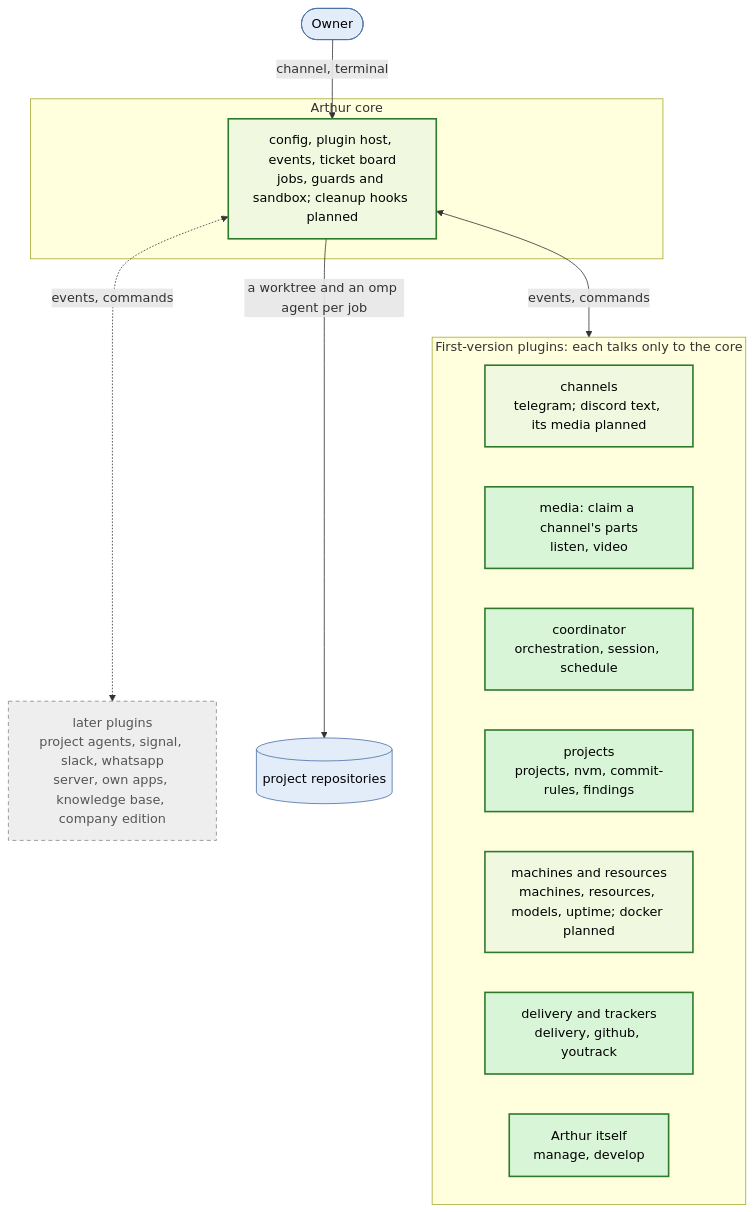
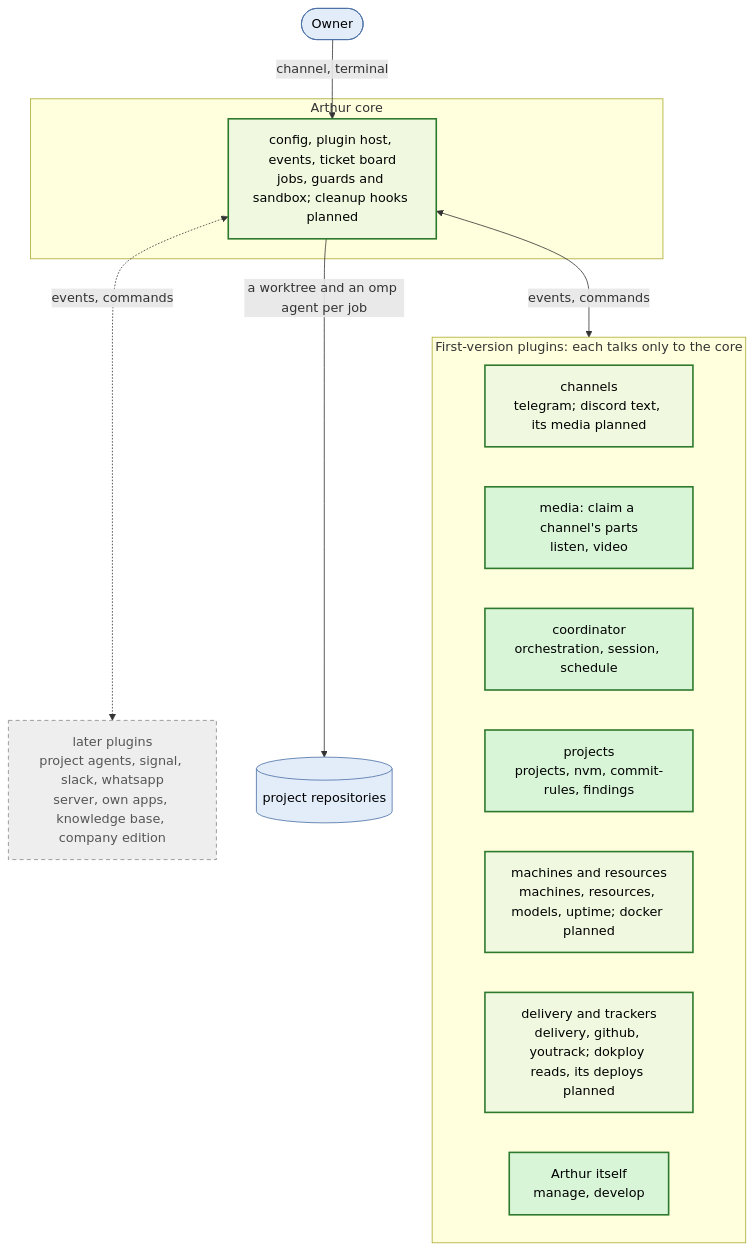
Before and after one commit to kacperadler/arthur: the diagram in README.md, drawn with Mermaid. The commit also changed other lines of this file and 7 other files, not shown here.

Commit message:
docs(AR0601): dokploy in shared docs, roadmap zones, arthur.mmd status

````diff
--- a/README.md
+++ b/README.md
@@ -58,28 +59,28 @@
 ```mermaid
 flowchart TD
   owner([Owner]) -->|channel, terminal| core
   subgraph CORE[Arthur core]
     core[config, plugin host, events, ticket board<br/>jobs, guards and sandbox; cleanup hooks planned]
   end
   subgraph FIRST[First-version plugins: each talks only to the core]
     chan[channels<br/>telegram; discord text, its media planned]
     media[media: claim a channel's parts<br/>listen, video]
     coord[coordinator<br/>orchestration, session, schedule]
     proj[projects<br/>projects, nvm, commit-rules, findings]
     res[machines and resources<br/>machines, resources, models, uptime; docker planned]
-    deliv[delivery and trackers<br/>delivery, github, youtrack]
+    deliv[delivery and trackers<br/>delivery, github, youtrack; dokploy reads, its deploys planned]
     self[Arthur itself<br/>manage, develop]
   end
   later[later plugins<br/>project agents, signal, slack, whatsapp<br/>server, own apps, knowledge base, company edition]
   core <-->|events, commands| FIRST
   core <-.->|events, commands| later
   core -->|a worktree and an omp agent per job| repos[(project repositories)]
   classDef built fill:#d8f5d8,stroke:#2d7a2d,stroke-width:2px,color:#000;
   classDef partial fill:#f0f9e0,stroke:#2d7a2d,stroke-width:2px,color:#000;
   classDef planned fill:#eee,stroke:#888,stroke-dasharray:5 4,color:#555;
   classDef outside fill:#e3edfa,stroke:#4a6fa5,color:#000;
-  class coord,proj,deliv,self,media built;
-  class core,chan,res partial;
+  class coord,proj,self,media built;
+  class core,chan,res,deliv partial;
   class later planned;
   class owner,repos outside;
 ```
````
